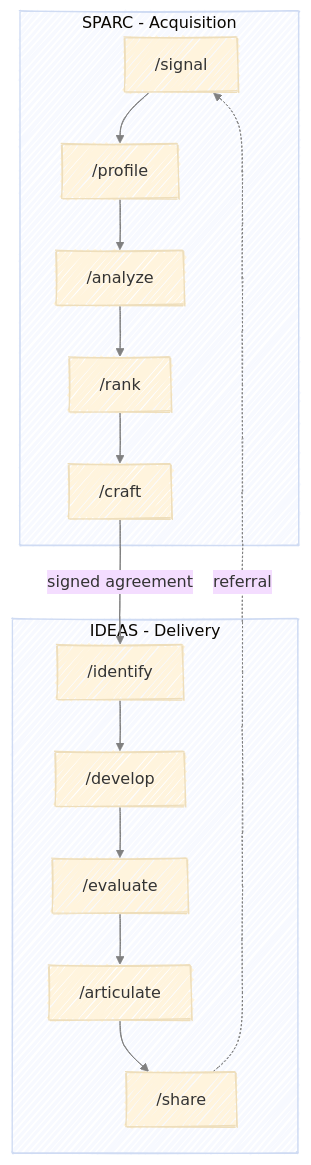
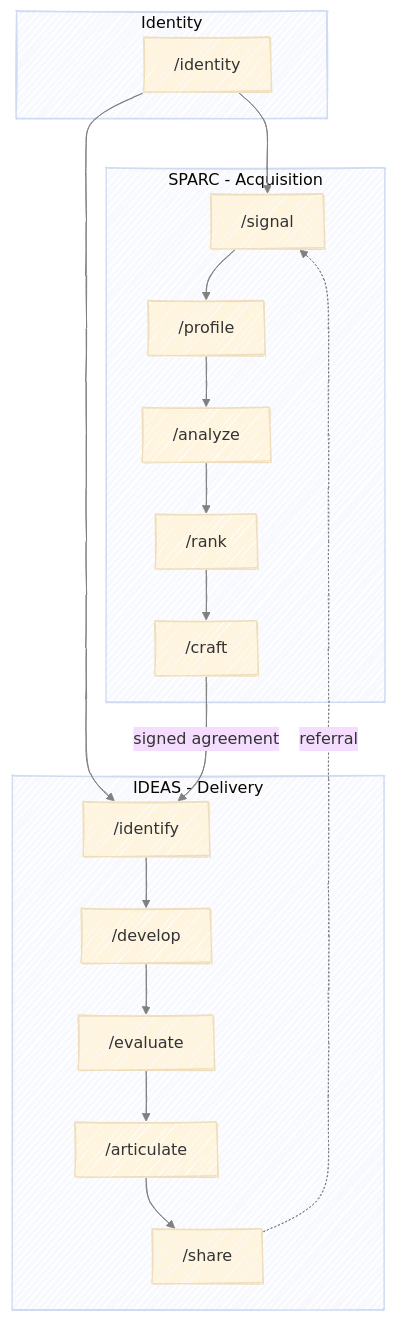
The diagram in architecture/Execution.md (athrael-soju/framework-generator), drawn with Mermaid before and after one commit. The commit also changed other lines of this file and 19 other files, not shown here.

````diff
--- a/architecture/Execution.md
+++ b/architecture/Execution.md
@@ -5,27 +5,33 @@
 ```mermaid
 ---
 config:
   layout: dagre
   look: handDrawn
   theme: base
   themeVariables:
     lineColor: gray
 ---
 flowchart TB
+    subgraph Foundation ["Identity"]
+        Identity["/identity"]
+    end
+
     subgraph SPARC ["SPARC - Acquisition"]
         S["/signal"] --> P["/profile"]
         P --> A["/analyze"]
         A --> R["/rank"]
         R --> C["/craft"]
     end
 
     subgraph IDEAS ["IDEAS - Delivery"]
-        I["/identify"] --> D["/develop"]
+        Id["/identify"] --> D["/develop"]
         D --> E["/evaluate"]
         E --> Ar["/articulate"]
         Ar --> Sh["/share"]
     end
 
-    C --> |"signed agreement"| I
+    Identity --> S
+    Identity --> Id
+    C --> |"signed agreement"| Id
     Sh -.-> |"referral"| S
 ```
````
